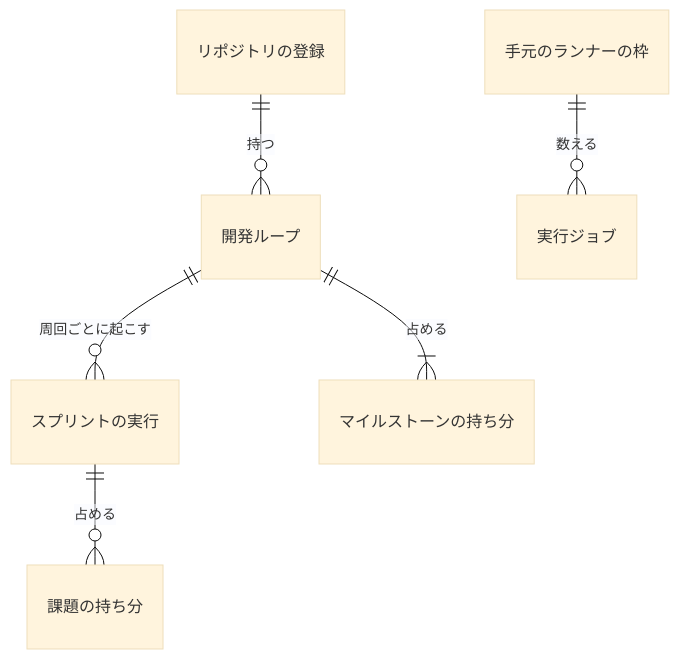
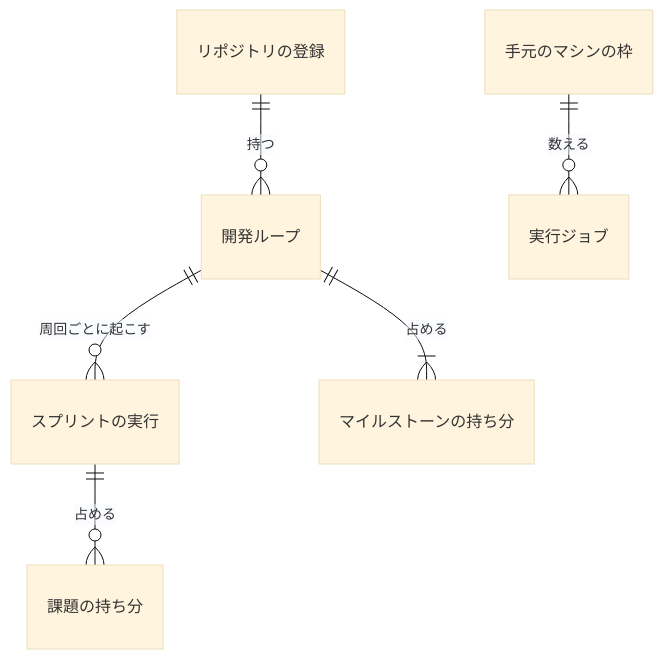
Before and after one commit to devbasex/ai-plugins: the diagram in docs/specifications/ndf-factory-dev-loops-data-and-contracts.md, drawn with Mermaid (base theme). The commit also changed other lines of this file and 33 other files, not shown here.

````diff
--- a/docs/specifications/ndf-factory-dev-loops-data-and-contracts.md
+++ b/docs/specifications/ndf-factory-dev-loops-data-and-contracts.md
@@ -11,8 +11,8 @@
 ```mermaid
 erDiagram
     "リポジトリの登録" ||--o{ "開発ループ" : "持つ"
     "開発ループ" ||--o{ "スプリントの実行" : "周回ごとに起こす"
     "開発ループ" ||--|{ "マイルストーンの持ち分" : "占める"
     "スプリントの実行" ||--o{ "課題の持ち分" : "占める"
-    "手元のランナーの枠" ||--o{ "実行ジョブ" : "数える"
+    "手元のマシンの枠" ||--o{ "実行ジョブ" : "数える"
 ```
````
